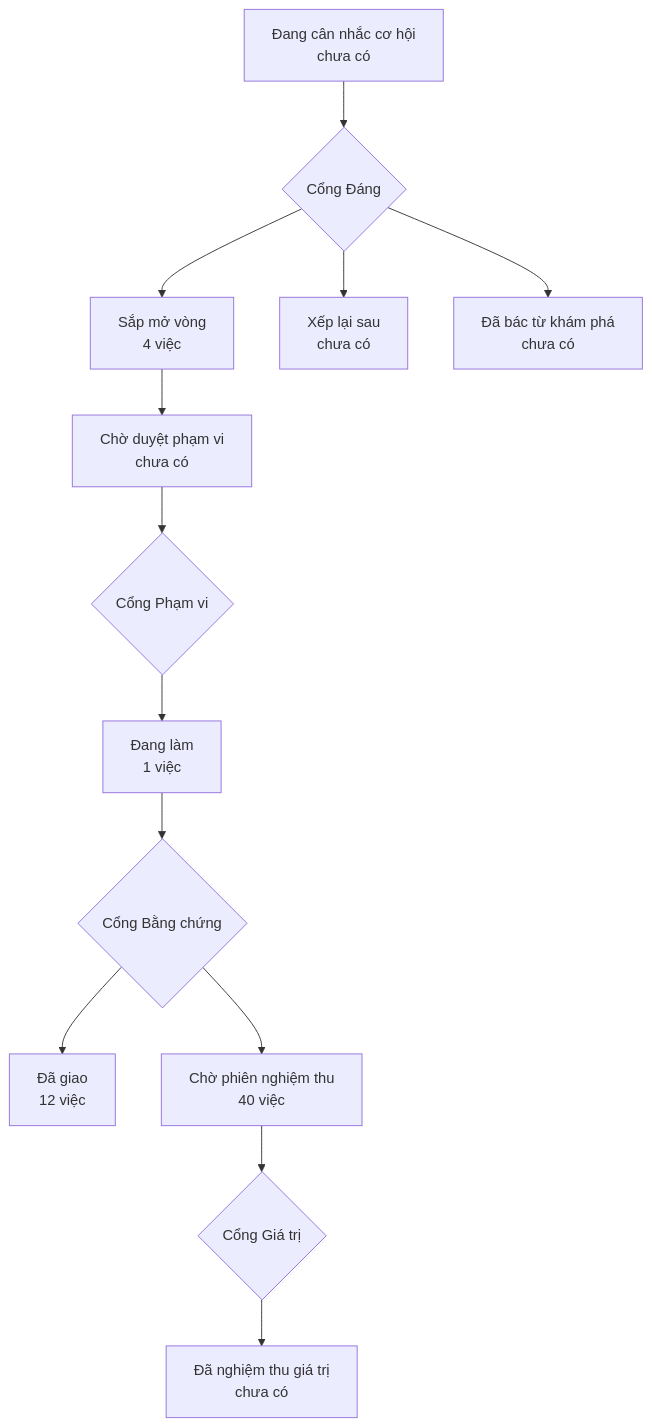
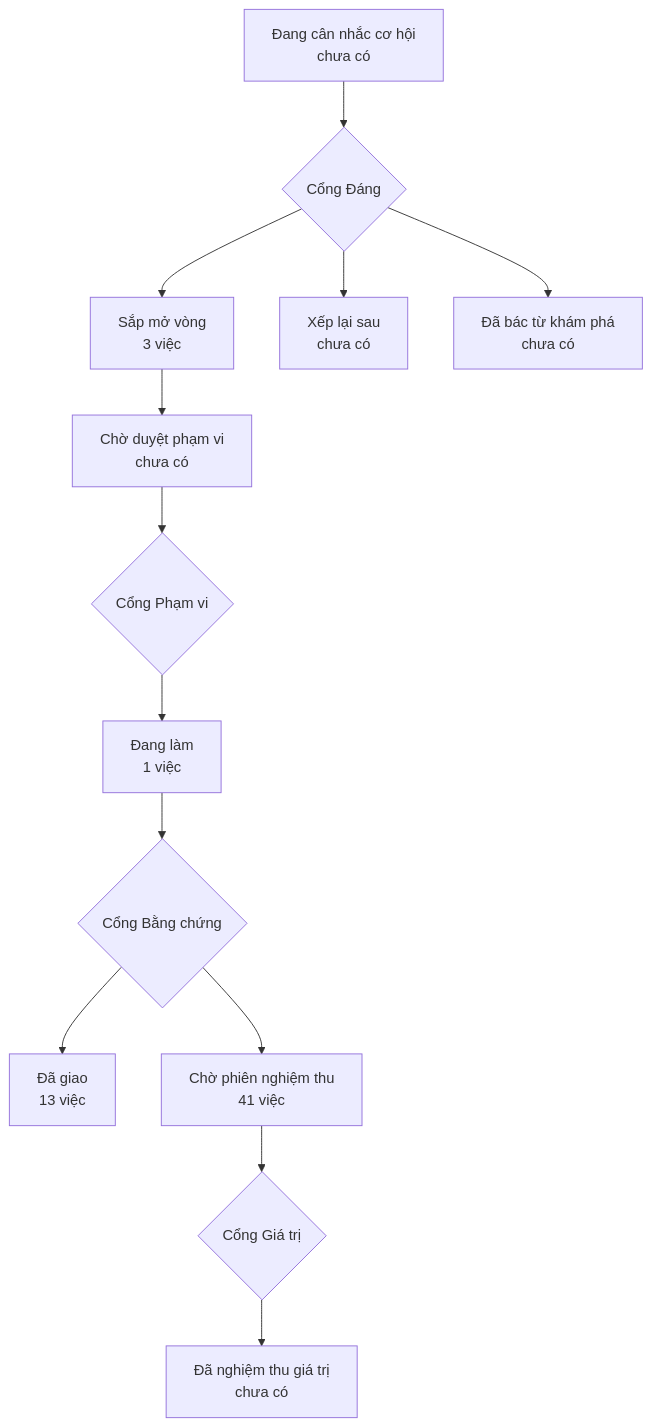
One commit to phanlemanh/onehub-quy-hang changed the diagram in PRODUCT-MAP.md. Above: the diagram before and after it, drawn with Mermaid. The commit also changed other lines of this file and 2 other files, not shown here.

Commit message:
chore(va-thong-bao-lead): gộp nhánh chính, xong S3, sang chấm

````diff
--- a/PRODUCT-MAP.md
+++ b/PRODUCT-MAP.md
@@ -7,12 +7,12 @@
 ```mermaid
 flowchart TD
   A["Đang cân nhắc cơ hội<br/>chưa có"] --> GD{"Cổng Đáng"}
-  GD --> B["Sắp mở vòng<br/>4 việc"]
+  GD --> B["Sắp mở vòng<br/>3 việc"]
   GD --> XL["Xếp lại sau<br/>chưa có"]
   GD --> DB["Đã bác từ khám phá<br/>chưa có"]
   B --> CD["Chờ duyệt phạm vi<br/>chưa có"] --> GP{"Cổng Phạm vi"}
   GP --> DL["Đang làm<br/>1 việc"] --> GB{"Cổng Bằng chứng"}
-  GB --> DG["Đã giao<br/>12 việc"]
-  GB --> CN["Chờ phiên nghiệm thu<br/>40 việc"] --> GG{"Cổng Giá trị"}
+  GB --> DG["Đã giao<br/>13 việc"]
+  GB --> CN["Chờ phiên nghiệm thu<br/>41 việc"] --> GG{"Cổng Giá trị"}
   GG --> NT["Đã nghiệm thu giá trị<br/>chưa có"]
 ```
````
